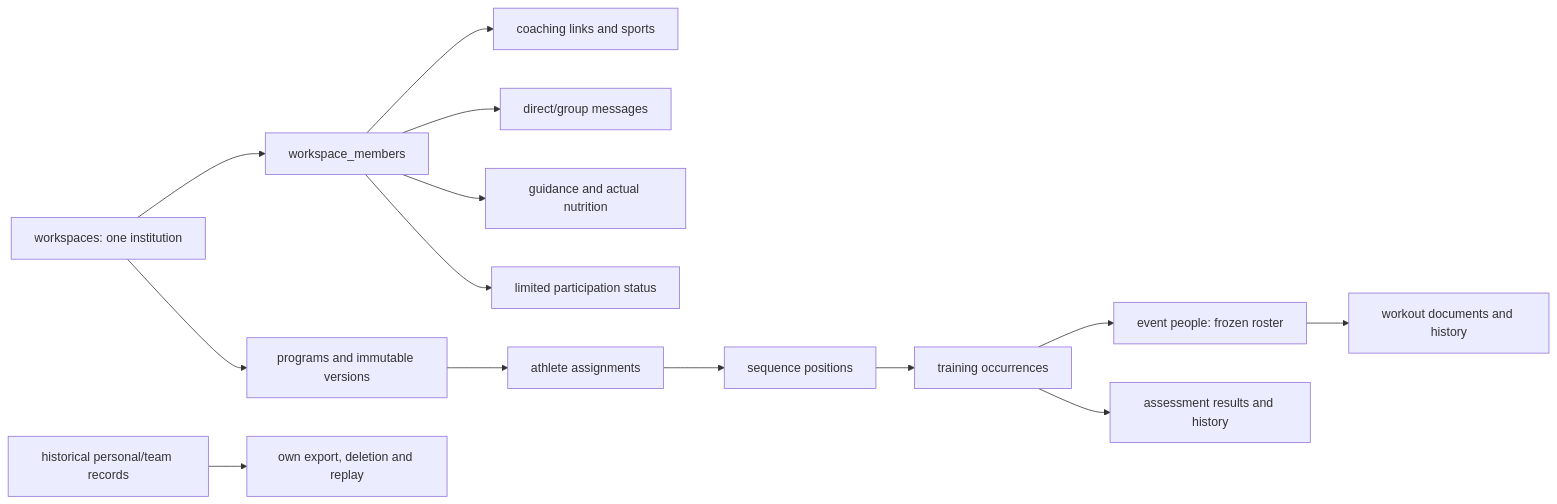
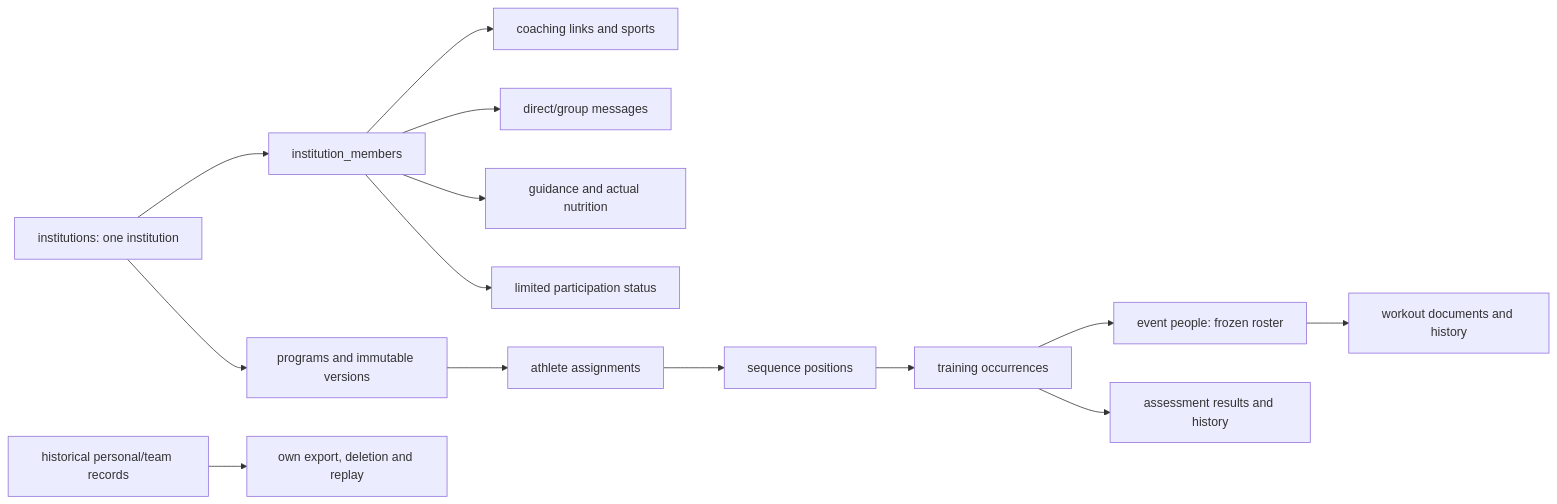
The diagram in docs/reference/backend/README.md (KenseiEmam/Rafik-OpenSource), drawn with Mermaid before and after one commit. The commit also changed other lines of this file and 207 other files, not shown here.

Commit message:
Unify institution schema and API naming across web and Android

````diff
--- a/docs/reference/backend/README.md
+++ b/docs/reference/backend/README.md
@@ -14,16 +14,16 @@
 ```mermaid
 flowchart LR
-  Institution[workspaces: one institution] --> Members[workspace_members]
+  Institution[institutions: one institution] --> Members[institution_members]
   Members --> Coaching[coaching links and sports]
   Institution --> Programs[programs and immutable versions]
   Programs --> Assignments[athlete assignments]
   Assignments --> Positions[sequence positions]
   Positions --> Events[training occurrences]
   Events --> Roster[event people: frozen roster]
   Roster --> Workouts[workout documents and history]
   Events --> Scores[assessment results and history]
   Members --> Channels[direct/group messages]
   Members --> Nutrition[guidance and actual nutrition]
   Members --> Health[limited participation status]
   Historical[historical personal/team records] --> Privacy[own export, deletion and replay]
 ```
````
